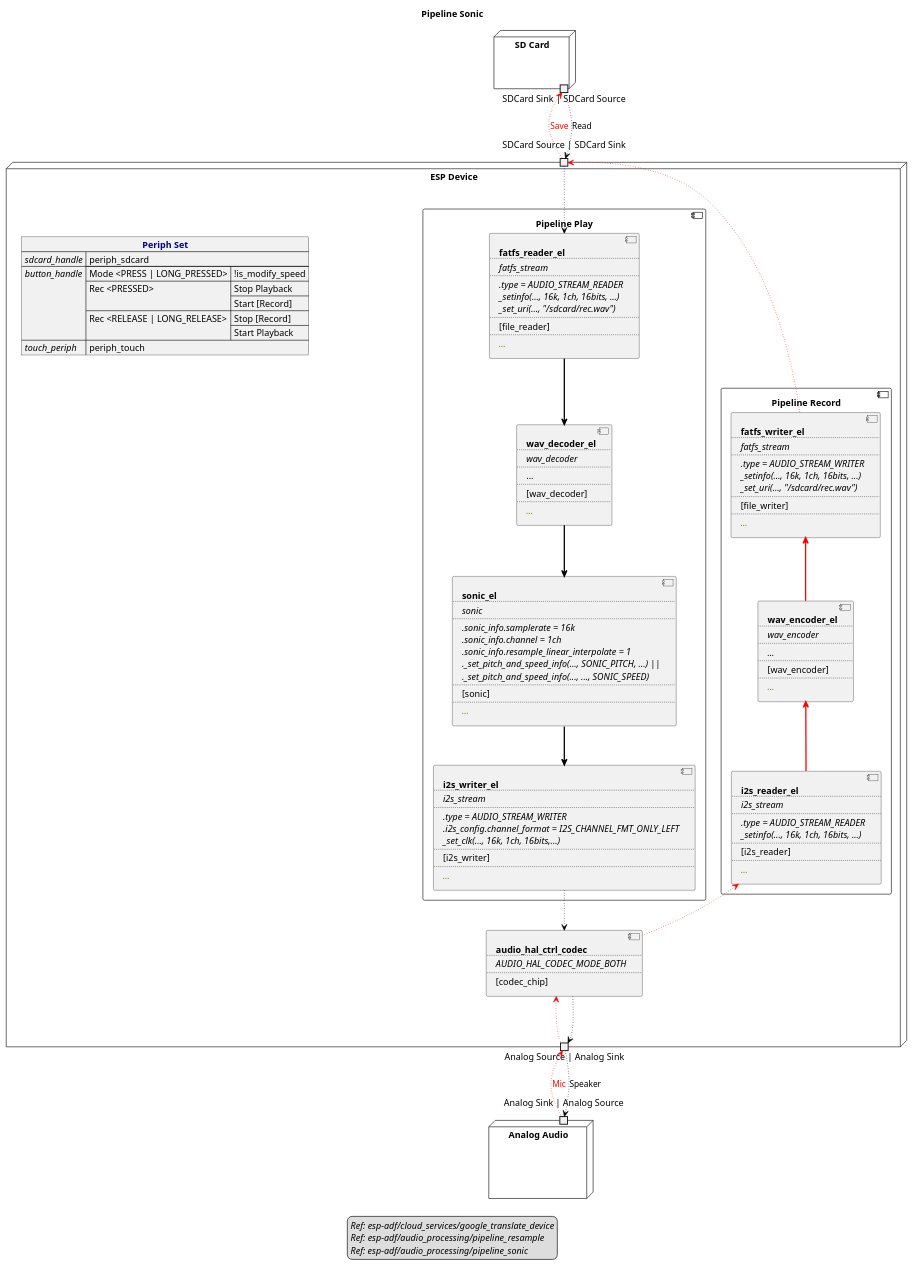
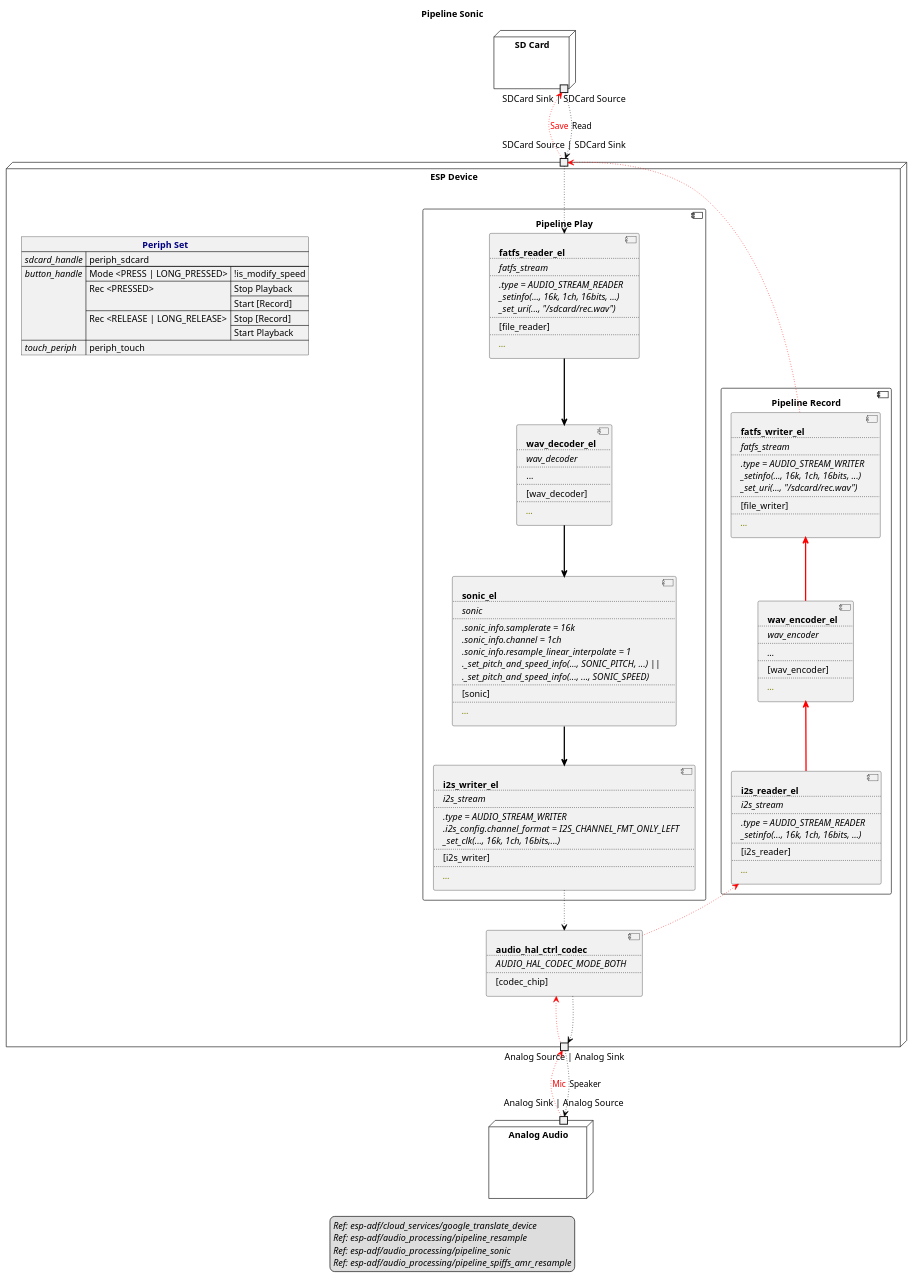
One commit to liang-zhu-zi/open-audio-adapter changed the diagram in examples/esp-adf/audio_processing/pipeline_sonic/audio-stream-diagram.plantuml. Above: the diagram before and after it, drawn with PlantUML. The commit also changed 1 other file, not shown here.

Commit message:
add audio flow chart

```diff
--- a/examples/esp-adf/audio_processing/pipeline_sonic/audio-stream-diagram.plantuml
+++ b/examples/esp-adf/audio_processing/pipeline_sonic/audio-stream-diagram.plantuml
@@ -1,170 +1,171 @@
 @startuml pipeline_sonic
 title Pipeline Sonic
 allowmixing
 
 legend
 //Ref: esp-adf/cloud_services/google_translate_device//
 //Ref: esp-adf/audio_processing/pipeline_resample//
 //Ref: esp-adf/audio_processing/pipeline_sonic//
+//Ref: esp-adf/audio_processing/pipeline_spiffs_amr_resample//
 end legend
 
 node "SD Card" as SDCard  {
     portout "SDCard Sink | SDCard Source" as SDCardSinkSource
 }
 
 node "ESP Device" as ESPDevice  {
 
     json "<b><color navy>Periph Set" as periph_set {
         "<i>sdcard_handle" : "periph_sdcard",
         "<i>button_handle" : {
             "Mode <PRESS | LONG_PRESSED>" : "!is_modify_speed",
             "Rec <PRESSED>" : ["Stop Playback", "Start [Record]"],
             "Rec <RELEASE | LONG_RELEASE>" : ["Stop [Record]", "Start Playback"]
         },
         "<i>touch_periph" : "periph_touch"
     }
     
     portin "SDCard Source | SDCard Sink" as EspSDCardSinkSource
 
     component "Pipeline Play" as pipeline_play {
 
         component fatfs_reader_el [
             <b>fatfs_reader_el
             ....
             <i>fatfs_stream
             ....
             <i>.type = AUDIO_STREAM_READER
             <i>_setinfo(..., 16k, 1ch, 16bits, ...)
             <i>_set_uri(..., "/sdcard/rec.wav")
             ....
             [file_reader]
             ....
             <i><color olive>...
         ]
 
         component wav_decoder_el [
             <b>wav_decoder_el
             ....
             <i>wav_decoder
             ....
             ...
             ....
             [wav_decoder]
             ....
             <i><color olive>...
         ]
         
         component sonic_el [
             <b>sonic_el
             ....
             <i>sonic
             ....
             <i>.sonic_info.samplerate = 16k
             <i>.sonic_info.channel = 1ch
             <i>.sonic_info.resample_linear_interpolate = 1
             <i>._set_pitch_and_speed_info(..., SONIC_PITCH, ...) ||
             <i>._set_pitch_and_speed_info(..., ..., SONIC_SPEED)
             ....
             [sonic]
             ....
             <i><color olive>...
         ]        
 
         component i2s_writer_el [
             <b>i2s_writer_el
             ....
             <i>i2s_stream
             ....
             <i>.type = AUDIO_STREAM_WRITER
             <i>.i2s_config.channel_format = I2S_CHANNEL_FMT_ONLY_LEFT
             <i>_set_clk(..., 16k, 1ch, 16bits,...)
             ....
             [i2s_writer]
             ....
             <i><color olive>...
         ]
     }
 
     component "Pipeline Record" as pipeline_rec {
 
         component fatfs_writer_el [
             <b>fatfs_writer_el
             ....
             <i>fatfs_stream
             ....
             <i>.type = AUDIO_STREAM_WRITER
             <i>_setinfo(..., 16k, 1ch, 16bits, ...)
             <i>_set_uri(..., "/sdcard/rec.wav")
             ....
             [file_writer]
             ....
             <i><color olive>...
         ]
         
         component wav_encoder_el [
             <b>wav_encoder_el
             ....
             <i>wav_encoder
             ....
             <i>...
             ....
             [wav_encoder]
             ....
             <i><color olive>...
         ]
 
         component i2s_reader_el [
             <b>i2s_reader_el
             ....
             <i>i2s_stream
             ....
             <i>.type = AUDIO_STREAM_READER
             <i>_setinfo(..., 16k, 1ch, 16bits, ...)
             ....
             [i2s_reader]
             ....
             <i><color olive>...
         ]
     }
 
     component HALCodec [
         <b>audio_hal_ctrl_codec
         ....
         <i>AUDIO_HAL_CODEC_MODE_BOTH
         ....
         [codec_chip]
     ]
 
     portout "Analog Source | Analog Sink" as AnalogSourceSink
 } 
 
 node "Analog Audio" as AnalogAudio  {
     portin "Analog Sink | Analog Source" as AnalogSinkSource
 }
 
 
 SDCardSinkSource   <-- EspSDCardSinkSource  #line:red;line.dotted;text:red  : Save
 
 EspSDCardSinkSource  <-- fatfs_writer_el    #line:red;line.dotted;text:red
 fatfs_writer_el <-- wav_encoder_el          #line:red;line.bold;text:red
 wav_encoder_el  <-- i2s_reader_el           #line:red;line.bold;text:red
 i2s_reader_el   <-- HALCodec                #line:red;line.dotted;text:red
 HALCodec        <-- AnalogSourceSink        #line:red;line.dotted;text:red
 
 AnalogSourceSink <-- AnalogSinkSource       #line:red;line.dotted;text:red  : Mic
 
 
 
 
 SDCardSinkSource --> EspSDCardSinkSource #line:black;line.dotted;text:black : Read
 
 EspSDCardSinkSource  --> fatfs_reader_el #line:black;line.dotted;text:black
 fatfs_reader_el --> wav_decoder_el       #line:black;line.bold;text:black
 wav_decoder_el  --> sonic_el             #line:black;line.bold;text:black
 sonic_el        --> i2s_writer_el        #line:black;line.bold;text:black
 i2s_writer_el   --> HALCodec             #line:black;line.dotted;text:black
 HALCodec        --> AnalogSourceSink     #line:black;line.dotted;text:black
 
 AnalogSourceSink --> AnalogSinkSource    #line:black;line.dotted;text:black : Speaker
 
 @enduml
```
